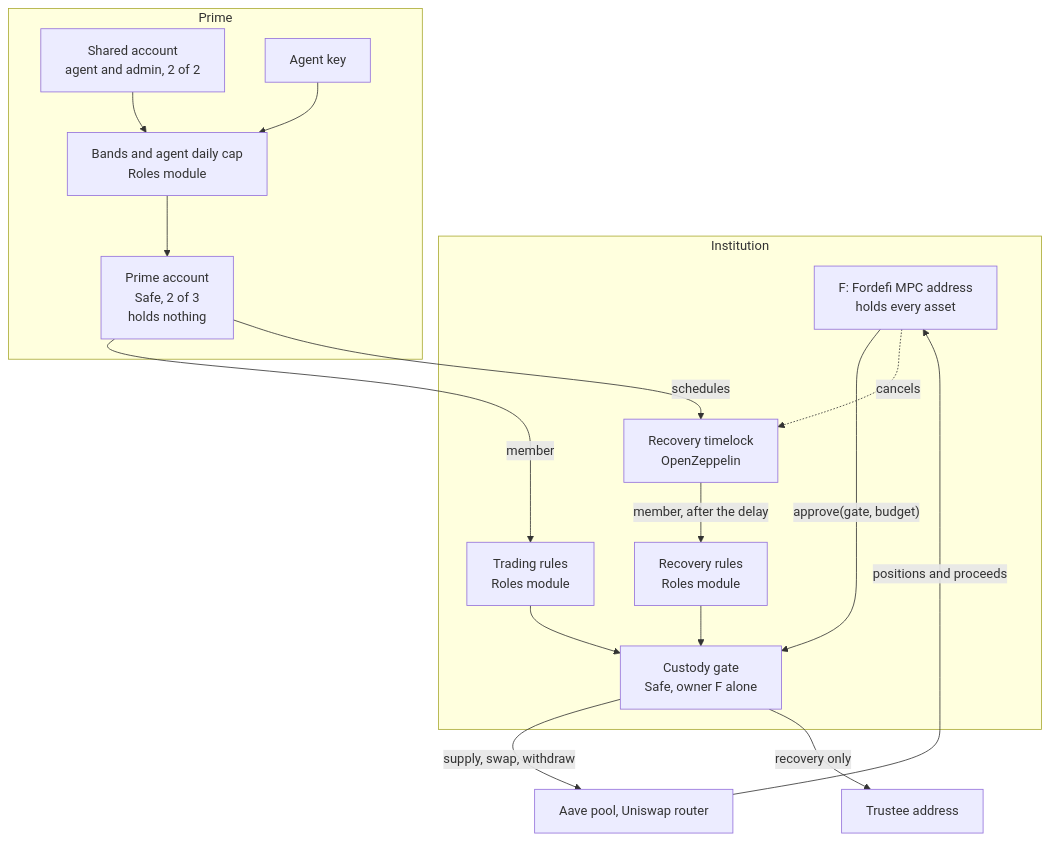
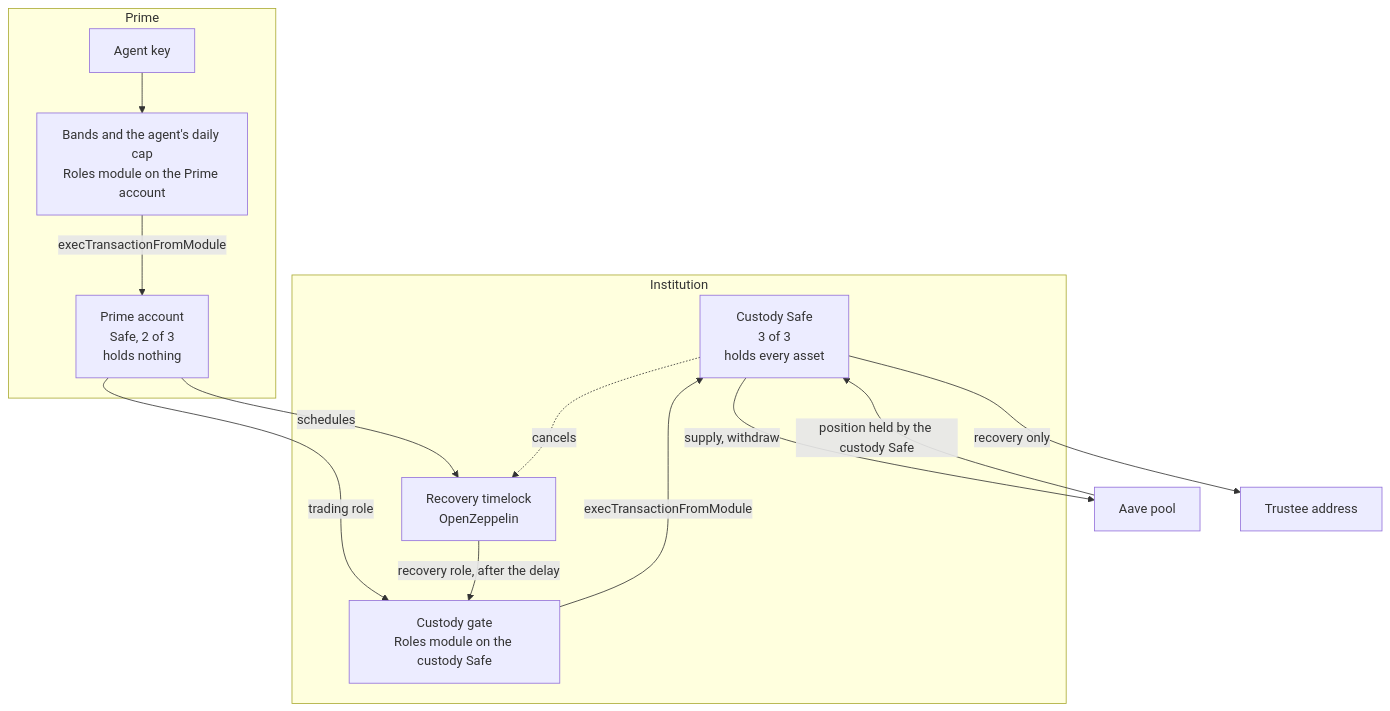
Before and after one commit to untangledfinance/oz-policy-builder: the first of 2 diagrams in docs/evm.md, drawn with Mermaid. The commit also changed other lines of this file and 9 other files, not shown here.

First line of the commit message:
docs(evm): Prime on EVM as configuration on Safe and Zodiac Roles

````diff
--- a/docs/evm.md
+++ b/docs/evm.md
@@ -43,32 +50,26 @@
 ```mermaid
 flowchart TB
     subgraph INST["Institution"]
-        F["F: Fordefi MPC address<br/>holds every asset"]
-        GATE["Custody gate<br/>Safe, owner F alone"]
-        TR["Trading rules<br/>Roles module"]
-        RR["Recovery rules<br/>Roles module"]
+        CS["Custody Safe<br/>3 of 3<br/>holds every asset"]
+        GATE["Custody gate<br/>Roles module on the custody Safe"]
         TL["Recovery timelock<br/>OpenZeppelin"]
     end
     subgraph PRIMESIDE["Prime"]
         PRIME["Prime account<br/>Safe, 2 of 3<br/>holds nothing"]
-        BANDS["Bands and agent daily cap<br/>Roles module"]
-        SHARED["Shared account<br/>agent and admin, 2 of 2"]
+        BANDS["Bands and the agent's daily cap<br/>Roles module on the Prime account"]
         AGENT["Agent key"]
     end
-    VENUE["Aave pool, Uniswap router"]
+    VENUE["Aave pool"]
     TRUSTEE["Trustee address"]
 
-    F -->|"approve(gate, budget)"| GATE
     AGENT --> BANDS
-    SHARED --> BANDS
-    BANDS --> PRIME
-    PRIME -->|"member"| TR
+    BANDS -->|"execTransactionFromModule"| PRIME
+    PRIME -->|"trading role"| GATE
     PRIME -->|"schedules"| TL
-    F -.->|"cancels"| TL
-    TL -->|"member, after the delay"| RR
-    TR --> GATE
-    RR --> GATE
-    GATE -->|"supply, swap, withdraw"| VENUE
-    VENUE -->|"positions and proceeds"| F
-    GATE -->|"recovery only"| TRUSTEE
+    CS -.->|"cancels"| TL
+    TL -->|"recovery role, after the delay"| GATE
+    GATE -->|"execTransactionFromModule"| CS
+    CS -->|"supply, withdraw"| VENUE
+    VENUE -->|"position held by the custody Safe"| CS
+    CS -->|"recovery only"| TRUSTEE
 ```
````
